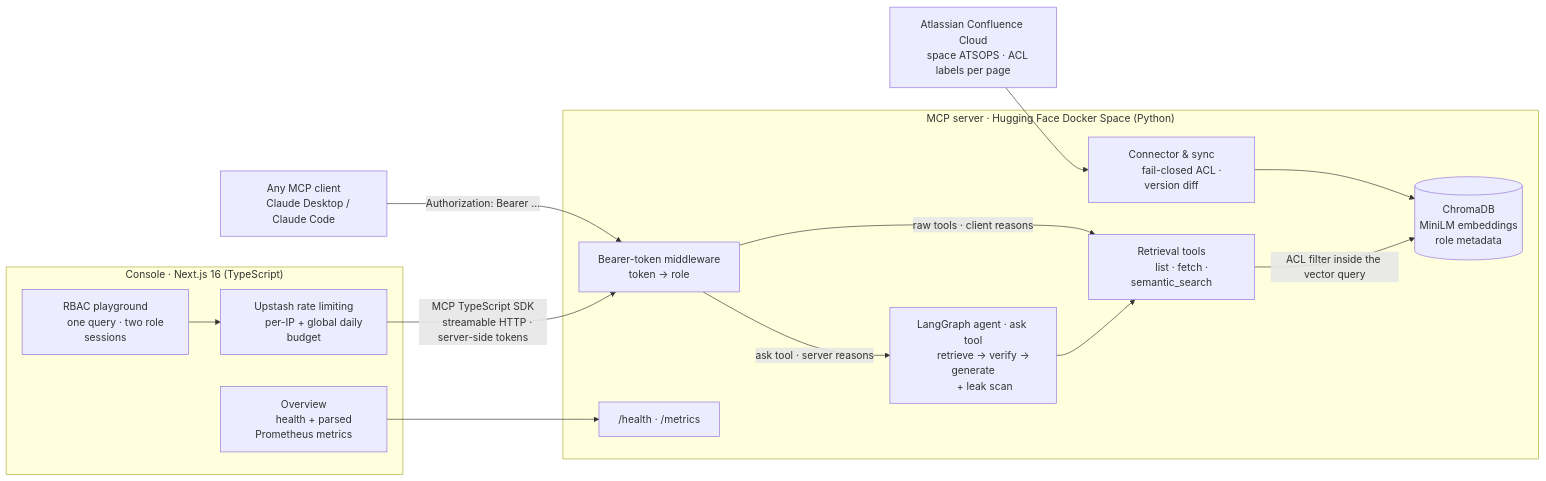
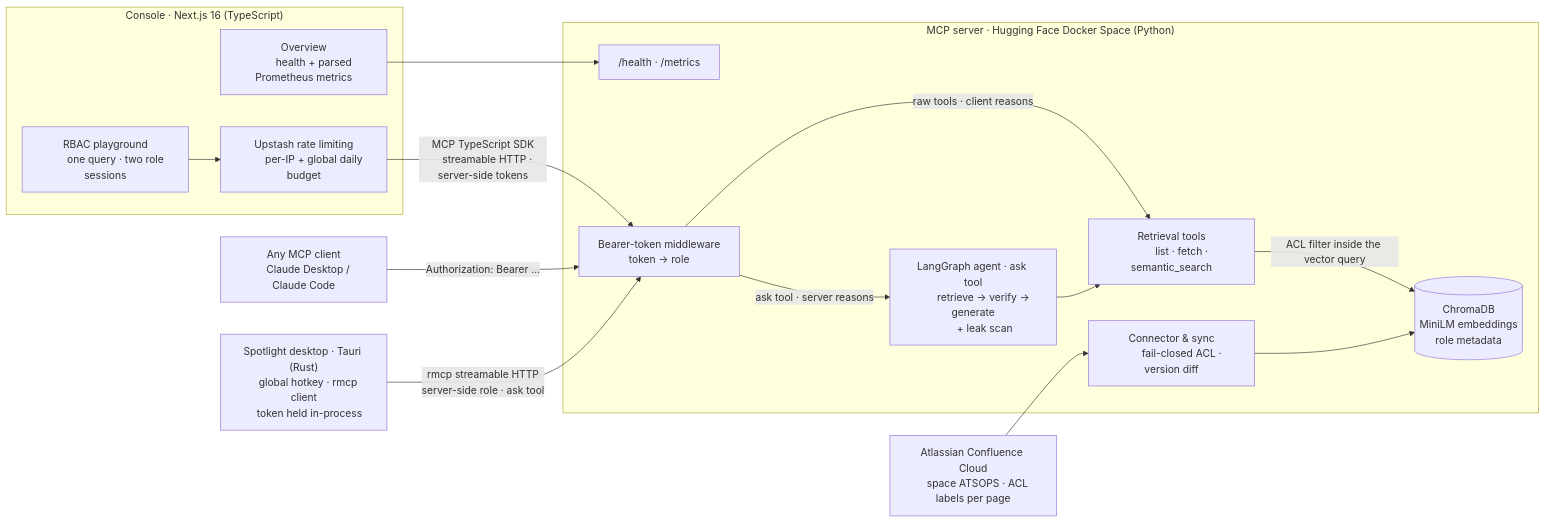
The diagram in README.md (HoodieYlya13/confluence-bot), drawn with Mermaid before and after one commit. The commit also changed other lines of this file and 1 other file, not shown here.

Commit message:
add confluence spotlight

````diff
--- a/README.md
+++ b/README.md
@@ -48,45 +52,51 @@
 ```mermaid
 flowchart LR
     CONF["Atlassian Confluence Cloud
     space ATSOPS · ACL labels per page"]
 
     subgraph SRV["MCP server · Hugging Face Docker Space (Python)"]
         SYNC["Connector & sync
         fail-closed ACL · version diff"]
         IDX[("ChromaDB
         MiniLM embeddings
         role metadata")]
         MW["Bearer-token middleware
         token → role"]
         TOOLS["Retrieval tools
         list · fetch · semantic_search"]
         AGENT["LangGraph agent · ask tool
         retrieve → verify → generate
         + leak scan"]
         OBS["/health · /metrics"]
         SYNC --> IDX
         MW -->|raw tools · client reasons| TOOLS
         MW -->|ask tool · server reasons| AGENT
         TOOLS -->|ACL filter inside the vector query| IDX
         AGENT --> TOOLS
     end
 
     subgraph APP["Console · Next.js 16 (TypeScript)"]
         OV["Overview
         health + parsed Prometheus metrics"]
         PG["RBAC playground
         one query · two role sessions"]
         RL["Upstash rate limiting
         per-IP + global daily budget"]
         PG --> RL
     end
 
     CLIENT["Any MCP client
     Claude Desktop / Claude Code"]
 
+    SPOT["Spotlight desktop · Tauri (Rust)
+    global hotkey · rmcp client
+    token held in-process"]
+
     CONF --> SYNC
     CLIENT -->|"Authorization: Bearer …"| MW
     RL -->|"MCP TypeScript SDK
     streamable HTTP · server-side tokens"| MW
+    SPOT -->|"rmcp streamable HTTP
+    server-side role · ask tool"| MW
     OV --> OBS
 ```
````
